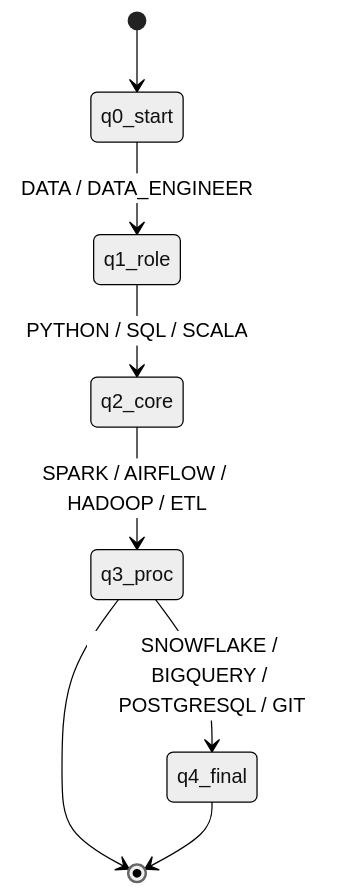
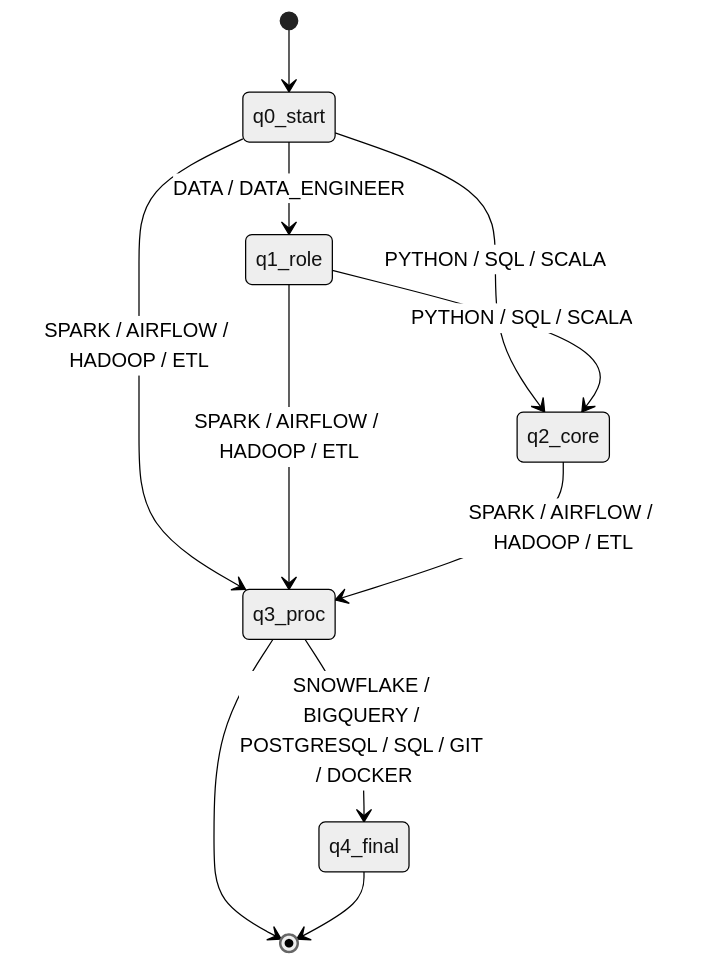
The fourth of 4 diagrams in docs/formal_automata.md (nicolasbuelvas/IntegrativeTask_AlbertoIA), drawn with Mermaid (neutral theme) before and after one commit. The commit also changed other lines of this file and 7 other files, not shown here.

````diff
--- a/docs/formal_automata.md
+++ b/docs/formal_automata.md
@@ -174,10 +174,13 @@
 ```mermaid
 stateDiagram-v2
     [*] --> q0_start
     q0_start --> q1_role : DATA / DATA_ENGINEER
+    q0_start --> q2_core : PYTHON / SQL / SCALA
+    q0_start --> q3_proc : SPARK / AIRFLOW / HADOOP / ETL
     q1_role --> q2_core : PYTHON / SQL / SCALA
+    q1_role --> q3_proc : SPARK / AIRFLOW / HADOOP / ETL
     q2_core --> q3_proc : SPARK / AIRFLOW / HADOOP / ETL
-    q3_proc --> q4_final : SNOWFLAKE / BIGQUERY / POSTGRESQL / GIT
+    q3_proc --> q4_final : SNOWFLAKE / BIGQUERY / POSTGRESQL / SQL / GIT / DOCKER
     q3_proc --> [*]
     q4_final --> [*]
 ```
````
